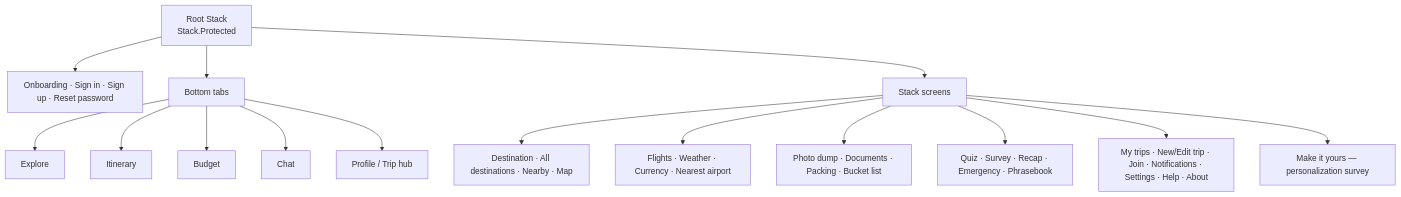
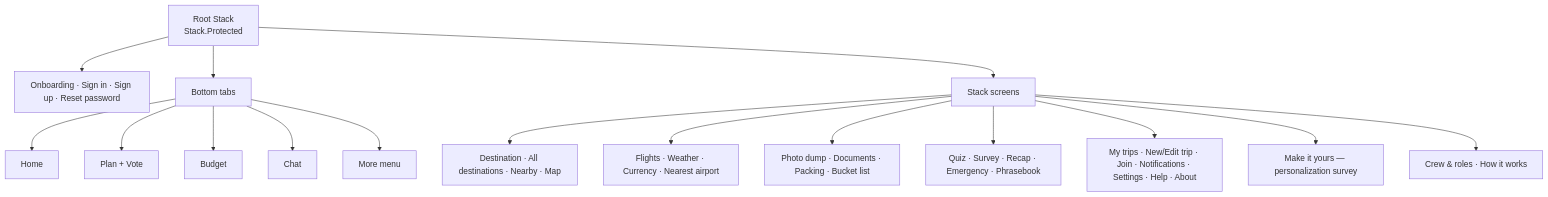
Before and after one commit to Zikobob/Stock-research: the second of 4 diagrams in together-we-go/docs/PLANNING.md, drawn with Mermaid. The commit also changed other lines of this file and 88 other files, not shown here.

````diff
--- a/together-we-go/docs/PLANNING.md
+++ b/together-we-go/docs/PLANNING.md
@@ -33,17 +33,18 @@
 ```mermaid
 flowchart TB
   Root[Root Stack<br/>Stack.Protected] --> Auth[Onboarding · Sign in · Sign up · Reset password]
   Root --> Tabs[Bottom tabs]
-  Tabs --> T1[Explore]
-  Tabs --> T2[Itinerary]
+  Tabs --> T1[Home]
+  Tabs --> T2[Plan + Vote]
   Tabs --> T3[Budget]
   Tabs --> T4[Chat]
-  Tabs --> T5[Profile / Trip hub]
+  Tabs --> T5[More menu]
   Root --> More[Stack screens]
   More --> M1[Destination · All destinations · Nearby · Map]
   More --> M2[Flights · Weather · Currency · Nearest airport]
   More --> M3[Photo dump · Documents · Packing · Bucket list]
   More --> M4[Quiz · Survey · Recap · Emergency · Phrasebook]
   More --> M5[My trips · New/Edit trip · Join · Notifications · Settings · Help · About]
   More --> M6[Make it yours — personalization survey]
+  More --> M7[Crew & roles · How it works]
 ```
````
